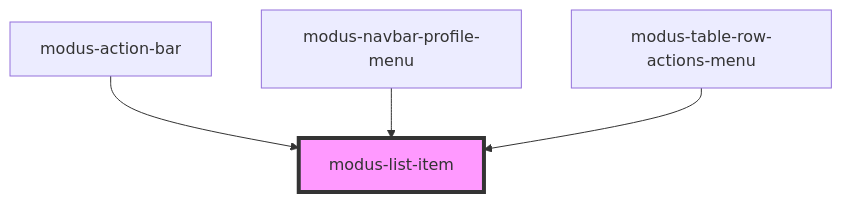
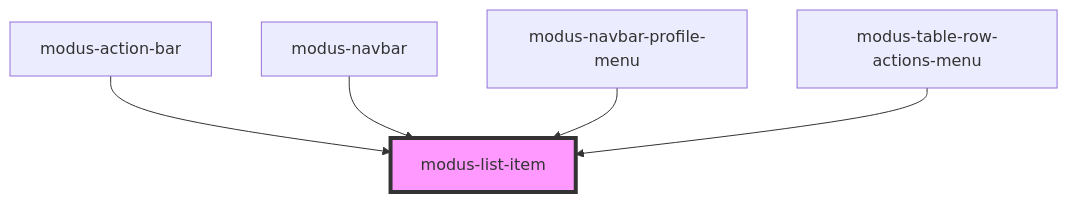
One commit to trimble-oss/modus-web-components changed the diagram in stencil-workspace/src/components/modus-list-item/readme.md. Above: the diagram before and after it, drawn with Mermaid. The commit also changed other lines of this file and 18 other files, not shown here.

````diff
--- a/stencil-workspace/src/components/modus-list-item/readme.md
+++ b/stencil-workspace/src/components/modus-list-item/readme.md
@@ -51,7 +52,8 @@
 ```mermaid
 graph TD;
   modus-action-bar --> modus-list-item
+  modus-navbar --> modus-list-item
   modus-navbar-profile-menu --> modus-list-item
   modus-table-row-actions-menu --> modus-list-item
   style modus-list-item fill:#f9f,stroke:#333,stroke-width:4px
 ```
````
